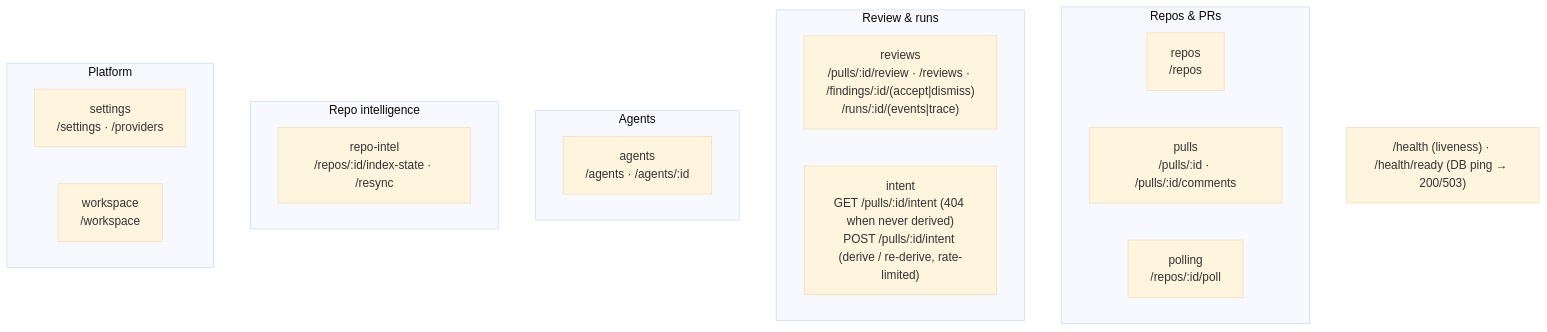
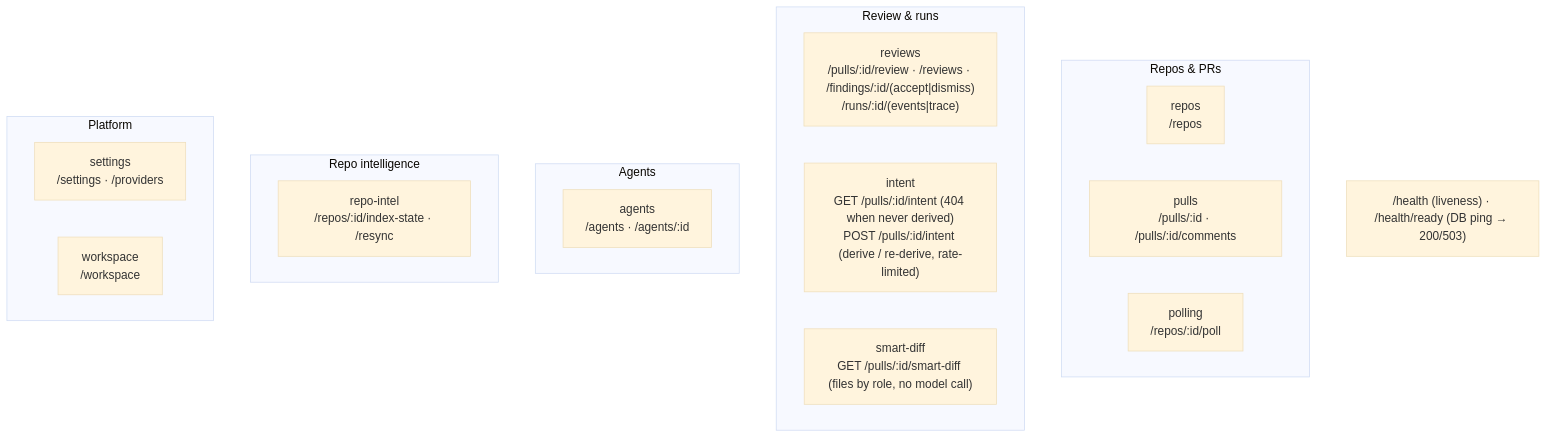
The second of 2 diagrams in server/README.md (devsiteua/dev-digest), drawn with Mermaid (base theme) before and after one commit. The commit also changed 8 other files, not shown here.

First line of the commit message:
feat(smart-diff): classify a PR's files and serve them in review order

````diff
--- a/server/README.md
+++ b/server/README.md
@@ -64,23 +64,24 @@
 ```mermaid
 flowchart TB
   subgraph Repos_PRs["Repos & PRs"]
     repos["repos<br/>/repos"]
     pulls["pulls<br/>/pulls/:id · /pulls/:id/comments"]
     polling["polling<br/>/repos/:id/poll"]
   end
   subgraph Review["Review & runs"]
     reviews["reviews<br/>/pulls/:id/review · /reviews · /findings/:id/(accept|dismiss)<br/>/runs/:id/(events|trace)"]
     intent["intent<br/>GET /pulls/:id/intent (404 when never derived)<br/>POST /pulls/:id/intent (derive / re-derive, rate-limited)"]
+    smartDiff["smart-diff<br/>GET /pulls/:id/smart-diff (files by role, no model call)"]
   end
   subgraph Agents["Agents"]
     agents["agents<br/>/agents · /agents/:id"]
   end
   subgraph Intel["Repo intelligence"]
     repoIntel["repo-intel<br/>/repos/:id/index-state · /resync"]
   end
   subgraph Platform["Platform"]
     settings["settings<br/>/settings · /providers"]
     workspace["workspace<br/>/workspace"]
   end
   HEALTH["/health (liveness) · /health/ready (DB ping → 200/503)"]
 ```
````
